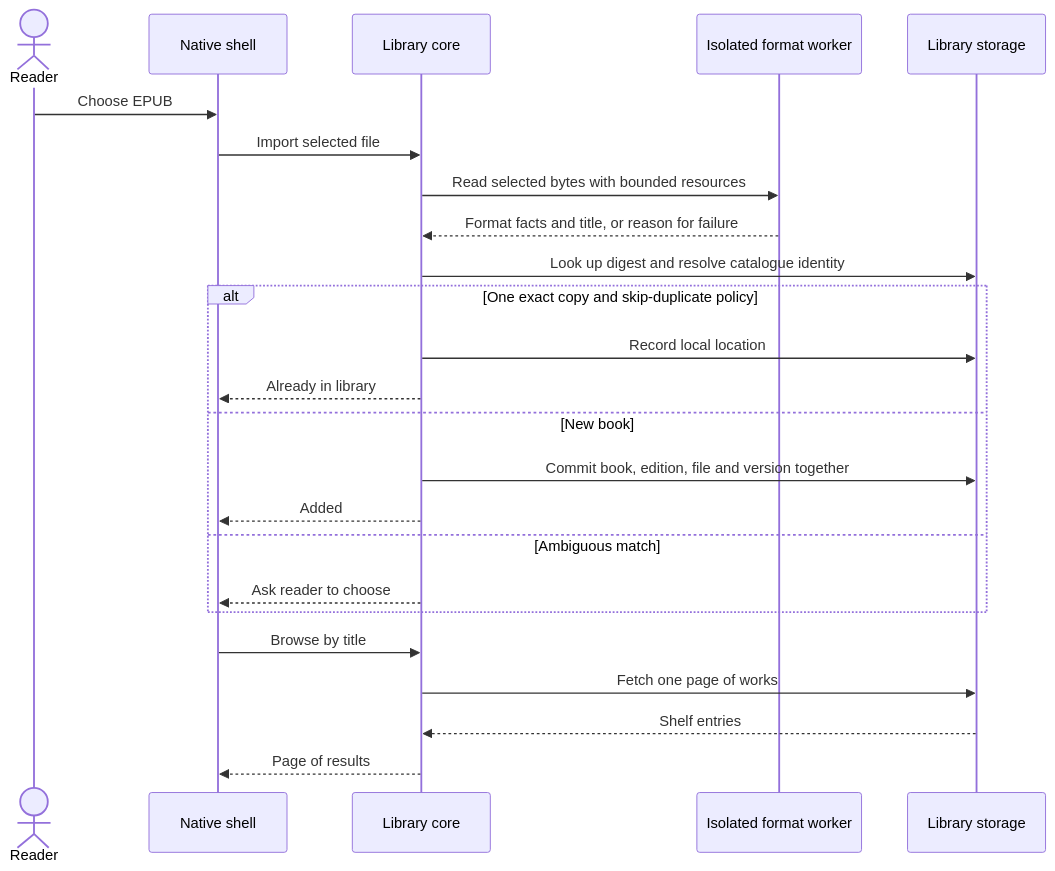
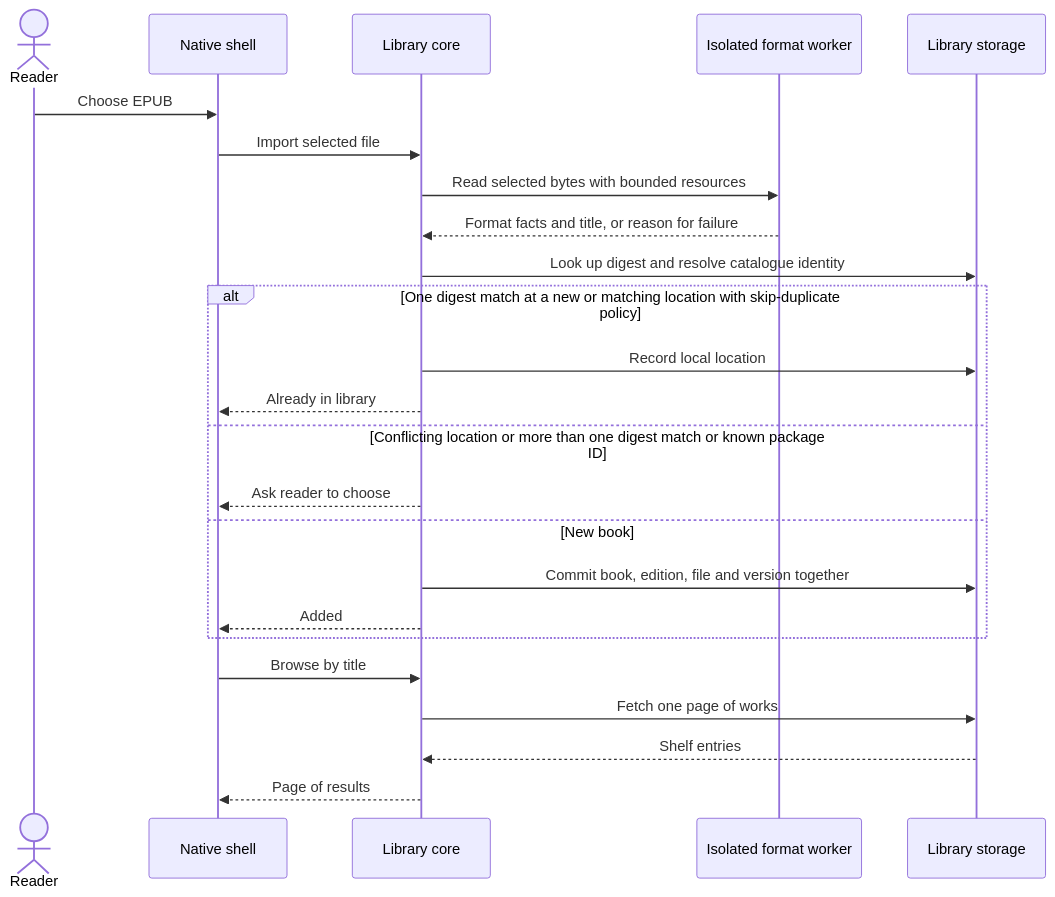
One commit to endqwerty/ebook-manager changed the second of 2 diagrams in docs/design/catalogue.md. Above: the diagram before and after it, drawn with Mermaid. The commit also changed other lines of this file and 4 other files, not shown here.

````diff
--- a/docs/design/catalogue.md
+++ b/docs/design/catalogue.md
@@ -28,26 +32,26 @@
 ```mermaid
 sequenceDiagram
     actor Reader
     participant UI as Native shell
     participant Core as Library core
     participant Worker as Isolated format worker
     participant Store as Library storage
     Reader->>UI: Choose EPUB
     UI->>Core: Import selected file
     Core->>Worker: Read selected bytes with bounded resources
     Worker-->>Core: Format facts and title, or reason for failure
     Core->>Store: Look up digest and resolve catalogue identity
-    alt One exact copy and skip-duplicate policy
+    alt One digest match at a new or matching location with skip-duplicate policy
         Core->>Store: Record local location
         Core-->>UI: Already in library
+    else Conflicting location or more than one digest match or known package ID
+        Core-->>UI: Ask reader to choose
     else New book
         Core->>Store: Commit book, edition, file and version together
         Core-->>UI: Added
-    else Ambiguous match
-        Core-->>UI: Ask reader to choose
     end
     UI->>Core: Browse by title
     Core->>Store: Fetch one page of works
     Store-->>Core: Shelf entries
     Core-->>UI: Page of results
 ```
````
